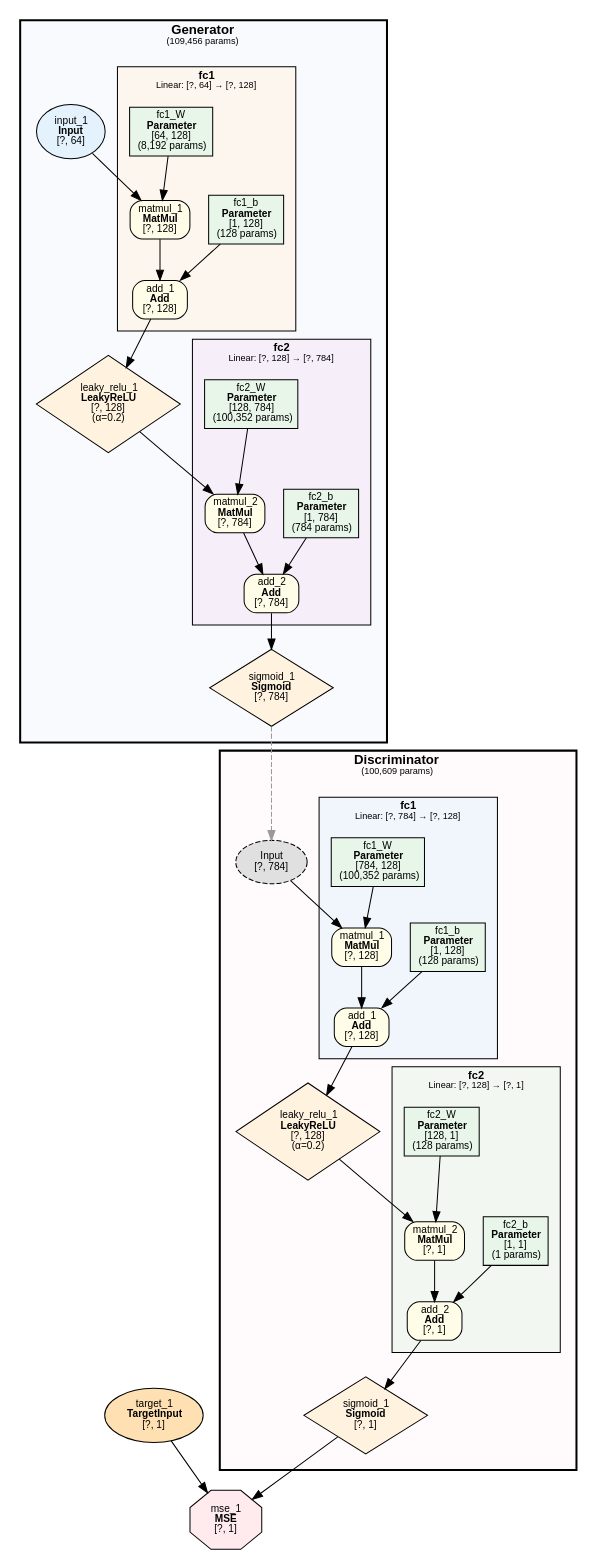
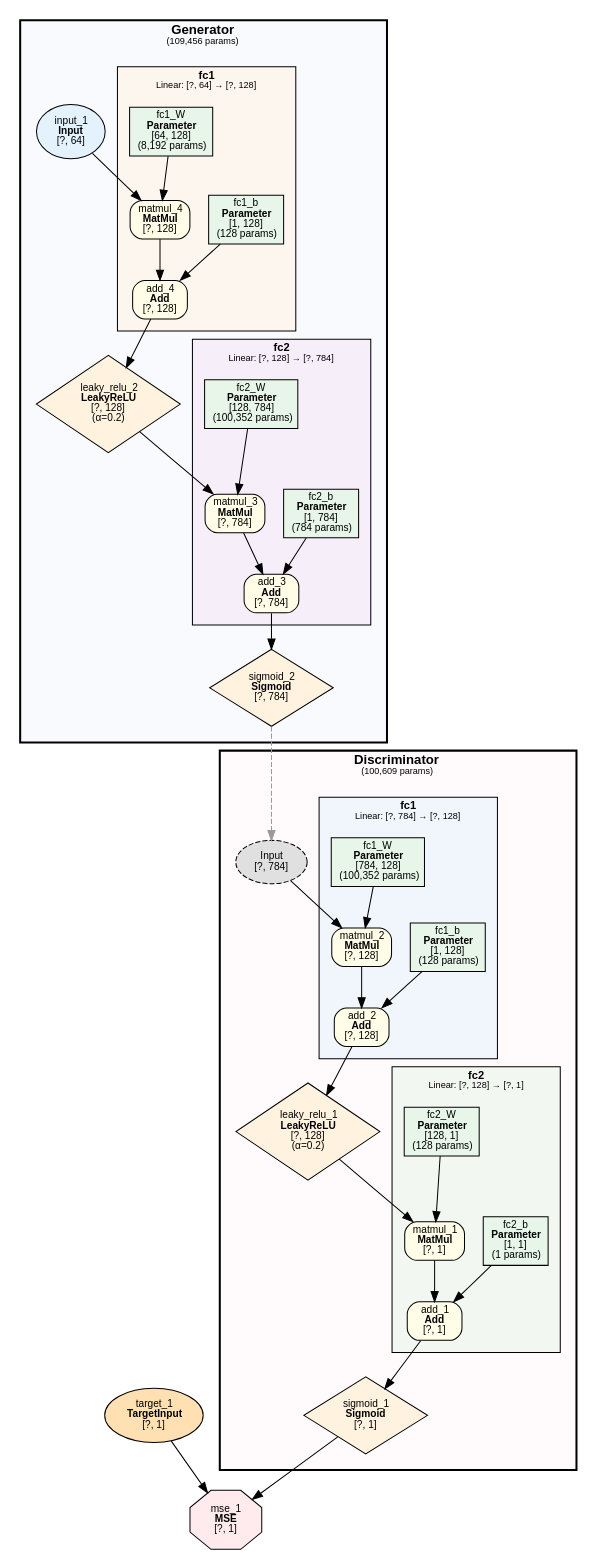
One commit to dbsxdbsx/only_torch changed the diagram in examples/mnist_gan/mnist_gan.dot. Above: the diagram before and after it, drawn with Graphviz. The commit also changed 15 other files, not shown here.

```diff
--- a/examples/mnist_gan/mnist_gan.dot
+++ b/examples/mnist_gan/mnist_gan.dot
@@ -1,112 +1,112 @@
 digraph ComputeGraph {
     rankdir=TB;
     newrank=true;
     splines=polyline;
     node [fontname="Microsoft YaHei,SimHei,Arial"];
     edge [fontname="Microsoft YaHei,SimHei,Arial"];
 
     subgraph cluster_model_Discriminator {
         label=<<B>Discriminator</B><BR/><FONT POINT-SIZE="9">(100,609 params)</FONT>>;
         style="filled,bold";
         fillcolor="#FFEBEE40";
         fontname="Microsoft YaHei,SimHei,Arial";
         fontsize=13;
         margin=16;
 
         subgraph cluster_Discriminator_fc1 {
             label=<<B>fc1</B><BR/><FONT POINT-SIZE="9">Linear: [?, 784] → [?, 128]</FONT>>;
             style=filled;
             fillcolor="#E3F2FD80";
             fontname="Microsoft YaHei,SimHei,Arial";
             fontsize=11;
             margin=12;
-                "12017" [label=<add_1<BR/><B>Add</B><BR/>[?, 128]> shape=box style="filled,rounded" fillcolor="#FFFDE7" fontsize=10];
-                "12016" [label=<matmul_1<BR/><B>MatMul</B><BR/>[?, 128]> shape=box style="filled,rounded" fillcolor="#FFFDE7" fontsize=10];
-                "6" [label=<fc1_b<BR/><B>Parameter</B><BR/>[1, 128]<BR/>(128 params)> shape=box style=filled fillcolor="#E8F5E9" fontsize=10];
-                "5" [label=<fc1_W<BR/><B>Parameter</B><BR/>[784, 128]<BR/>(100,352 params)> shape=box style=filled fillcolor="#E8F5E9" fontsize=10];
+                "9" [label=<add_2<BR/><B>Add</B><BR/>[?, 128]> shape=box style="filled,rounded" fillcolor="#FFFDE7" fontsize=10];
+                "10" [label=<matmul_2<BR/><B>MatMul</B><BR/>[?, 128]> shape=box style="filled,rounded" fillcolor="#FFFDE7" fontsize=10];
+                "11" [label=<fc1_b<BR/><B>Parameter</B><BR/>[1, 128]<BR/>(128 params)> shape=box style=filled fillcolor="#E8F5E9" fontsize=10];
+                "13" [label=<fc1_W<BR/><B>Parameter</B><BR/>[784, 128]<BR/>(100,352 params)> shape=box style=filled fillcolor="#E8F5E9" fontsize=10];
         }
 
         subgraph cluster_Discriminator_fc2 {
             label=<<B>fc2</B><BR/><FONT POINT-SIZE="9">Linear: [?, 128] → [?, 1]</FONT>>;
             style=filled;
             fillcolor="#E8F5E980";
             fontname="Microsoft YaHei,SimHei,Arial";
             fontsize=11;
             margin=12;
-                "12020" [label=<add_2<BR/><B>Add</B><BR/>[?, 1]> shape=box style="filled,rounded" fillcolor="#FFFDE7" fontsize=10];
-                "12019" [label=<matmul_2<BR/><B>MatMul</B><BR/>[?, 1]> shape=box style="filled,rounded" fillcolor="#FFFDE7" fontsize=10];
-                "8" [label=<fc2_b<BR/><B>Parameter</B><BR/>[1, 1]<BR/>(1 params)> shape=box style=filled fillcolor="#E8F5E9" fontsize=10];
-                "7" [label=<fc2_W<BR/><B>Parameter</B><BR/>[128, 1]<BR/>(128 params)> shape=box style=filled fillcolor="#E8F5E9" fontsize=10];
+                "4" [label=<add_1<BR/><B>Add</B><BR/>[?, 1]> shape=box style="filled,rounded" fillcolor="#FFFDE7" fontsize=10];
+                "5" [label=<matmul_1<BR/><B>MatMul</B><BR/>[?, 1]> shape=box style="filled,rounded" fillcolor="#FFFDE7" fontsize=10];
+                "6" [label=<fc2_b<BR/><B>Parameter</B><BR/>[1, 1]<BR/>(1 params)> shape=box style=filled fillcolor="#E8F5E9" fontsize=10];
+                "8" [label=<fc2_W<BR/><B>Parameter</B><BR/>[128, 1]<BR/>(128 params)> shape=box style=filled fillcolor="#E8F5E9" fontsize=10];
         }
 
-        "12021" [label=<sigmoid_1<BR/><B>Sigmoid</B><BR/>[?, 1]> shape=diamond style=filled fillcolor="#FFF3E0" fontsize=10];
-        "12018" [label=<leaky_relu_1<BR/><B>LeakyReLU</B><BR/>[?, 128]<BR/>(α=0.2)> shape=diamond style=filled fillcolor="#FFF3E0" fontsize=10];
-        "virt_12015_Discriminator" [label=<Input<BR/>[?, 784]> shape=ellipse style="filled,dashed" fillcolor="#E0E0E0" fontsize=10];
+        "2" [label=<sigmoid_1<BR/><B>Sigmoid</B><BR/>[?, 1]> shape=diamond style=filled fillcolor="#FFF3E0" fontsize=10];
+        "7" [label=<leaky_relu_1<BR/><B>LeakyReLU</B><BR/>[?, 128]<BR/>(α=0.2)> shape=diamond style=filled fillcolor="#FFF3E0" fontsize=10];
+        "virt_12_Discriminator" [label=<Input<BR/>[?, 784]> shape=ellipse style="filled,dashed" fillcolor="#E0E0E0" fontsize=10];
     }
 
     subgraph cluster_model_Generator {
         label=<<B>Generator</B><BR/><FONT POINT-SIZE="9">(109,456 params)</FONT>>;
         style="filled,bold";
         fillcolor="#E8EAF640";
         fontname="Microsoft YaHei,SimHei,Arial";
         fontsize=13;
         margin=16;
 
         subgraph cluster_Generator_fc1 {
             label=<<B>fc1</B><BR/><FONT POINT-SIZE="9">Linear: [?, 64] → [?, 128]</FONT>>;
             style=filled;
             fillcolor="#FFF3E080";
             fontname="Microsoft YaHei,SimHei,Arial";
             fontsize=11;
             margin=12;
-                "12011" [label=<add_1<BR/><B>Add</B><BR/>[?, 128]> shape=box style="filled,rounded" fillcolor="#FFFDE7" fontsize=10];
-                "12010" [label=<matmul_1<BR/><B>MatMul</B><BR/>[?, 128]> shape=box style="filled,rounded" fillcolor="#FFFDE7" fontsize=10];
-                "2" [label=<fc1_b<BR/><B>Parameter</B><BR/>[1, 128]<BR/>(128 params)> shape=box style=filled fillcolor="#E8F5E9" fontsize=10];
-                "1" [label=<fc1_W<BR/><B>Parameter</B><BR/>[64, 128]<BR/>(8,192 params)> shape=box style=filled fillcolor="#E8F5E9" fontsize=10];
+                "19" [label=<add_4<BR/><B>Add</B><BR/>[?, 128]> shape=box style="filled,rounded" fillcolor="#FFFDE7" fontsize=10];
+                "20" [label=<matmul_4<BR/><B>MatMul</B><BR/>[?, 128]> shape=box style="filled,rounded" fillcolor="#FFFDE7" fontsize=10];
+                "21" [label=<fc1_b<BR/><B>Parameter</B><BR/>[1, 128]<BR/>(128 params)> shape=box style=filled fillcolor="#E8F5E9" fontsize=10];
+                "23" [label=<fc1_W<BR/><B>Parameter</B><BR/>[64, 128]<BR/>(8,192 params)> shape=box style=filled fillcolor="#E8F5E9" fontsize=10];
         }
 
         subgraph cluster_Generator_fc2 {
             label=<<B>fc2</B><BR/><FONT POINT-SIZE="9">Linear: [?, 128] → [?, 784]</FONT>>;
             style=filled;
             fillcolor="#F3E5F580";
             fontname="Microsoft YaHei,SimHei,Arial";
             fontsize=11;
             margin=12;
-                "12014" [label=<add_2<BR/><B>Add</B><BR/>[?, 784]> shape=box style="filled,rounded" fillcolor="#FFFDE7" fontsize=10];
-                "12013" [label=<matmul_2<BR/><B>MatMul</B><BR/>[?, 784]> shape=box style="filled,rounded" fillcolor="#FFFDE7" fontsize=10];
-                "4" [label=<fc2_b<BR/><B>Parameter</B><BR/>[1, 784]<BR/>(784 params)> shape=box style=filled fillcolor="#E8F5E9" fontsize=10];
-                "3" [label=<fc2_W<BR/><B>Parameter</B><BR/>[128, 784]<BR/>(100,352 params)> shape=box style=filled fillcolor="#E8F5E9" fontsize=10];
+                "14" [label=<add_3<BR/><B>Add</B><BR/>[?, 784]> shape=box style="filled,rounded" fillcolor="#FFFDE7" fontsize=10];
+                "15" [label=<matmul_3<BR/><B>MatMul</B><BR/>[?, 784]> shape=box style="filled,rounded" fillcolor="#FFFDE7" fontsize=10];
+                "16" [label=<fc2_b<BR/><B>Parameter</B><BR/>[1, 784]<BR/>(784 params)> shape=box style=filled fillcolor="#E8F5E9" fontsize=10];
+                "18" [label=<fc2_W<BR/><B>Parameter</B><BR/>[128, 784]<BR/>(100,352 params)> shape=box style=filled fillcolor="#E8F5E9" fontsize=10];
         }
 
-        "12015" [label=<sigmoid_1<BR/><B>Sigmoid</B><BR/>[?, 784]> shape=diamond style=filled fillcolor="#FFF3E0" fontsize=10];
-        "12012" [label=<leaky_relu_1<BR/><B>LeakyReLU</B><BR/>[?, 128]<BR/>(α=0.2)> shape=diamond style=filled fillcolor="#FFF3E0" fontsize=10];
-        "12009" [label=<input_1<BR/><B>Input</B><BR/>[?, 64]> shape=ellipse style=filled fillcolor="#E3F2FD" fontsize=10];
+        "12" [label=<sigmoid_2<BR/><B>Sigmoid</B><BR/>[?, 784]> shape=diamond style=filled fillcolor="#FFF3E0" fontsize=10];
+        "17" [label=<leaky_relu_2<BR/><B>LeakyReLU</B><BR/>[?, 128]<BR/>(α=0.2)> shape=diamond style=filled fillcolor="#FFF3E0" fontsize=10];
+        "22" [label=<input_1<BR/><B>Input</B><BR/>[?, 64]> shape=ellipse style=filled fillcolor="#E3F2FD" fontsize=10];
     }
 
-    "12023" [label=<mse_1<BR/><B>MSE</B><BR/>[?, 1]> shape=octagon style=filled fillcolor="#FFEBEE" fontsize=10];
-    "12022" [label=<target_1<BR/><B>TargetInput</B><BR/>[?, 1]> shape=ellipse style=filled fillcolor="#FFE0B2" fontsize=10];
+    "1" [label=<mse_1<BR/><B>MSE</B><BR/>[?, 1]> shape=octagon style=filled fillcolor="#FFEBEE" fontsize=10];
+    "3" [label=<target_1<BR/><B>TargetInput</B><BR/>[?, 1]> shape=ellipse style=filled fillcolor="#FFE0B2" fontsize=10];
 
-    "12021" -> "12023";
-    "12022" -> "12023";
-    "12020" -> "12021";
-    "12019" -> "12020";
-    "8" -> "12020";
-    "12018" -> "12019";
-    "7" -> "12019";
-    "12017" -> "12018";
-    "12016" -> "12017";
-    "6" -> "12017";
-    "12015" -> "virt_12015_Discriminator" [style=dashed color="#999999"];
-    "virt_12015_Discriminator" -> "12016";
-    "5" -> "12016";
-    "12014" -> "12015";
-    "12013" -> "12014";
-    "4" -> "12014";
-    "12012" -> "12013";
-    "3" -> "12013";
-    "12011" -> "12012";
-    "12010" -> "12011";
-    "2" -> "12011";
-    "12009" -> "12010";
-    "1" -> "12010";
+    "2" -> "1";
+    "3" -> "1";
+    "4" -> "2";
+    "5" -> "4";
+    "6" -> "4";
+    "7" -> "5";
+    "8" -> "5";
+    "9" -> "7";
+    "10" -> "9";
+    "11" -> "9";
+    "12" -> "virt_12_Discriminator" [style=dashed color="#999999"];
+    "virt_12_Discriminator" -> "10";
+    "13" -> "10";
+    "14" -> "12";
+    "15" -> "14";
+    "16" -> "14";
+    "17" -> "15";
+    "18" -> "15";
+    "19" -> "17";
+    "20" -> "19";
+    "21" -> "19";
+    "22" -> "20";
+    "23" -> "20";
 }
```
